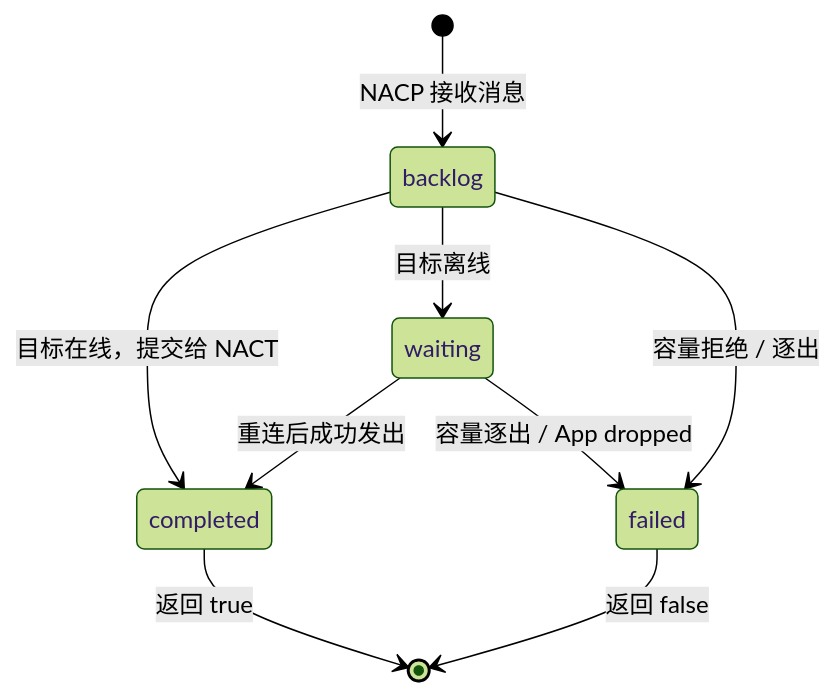
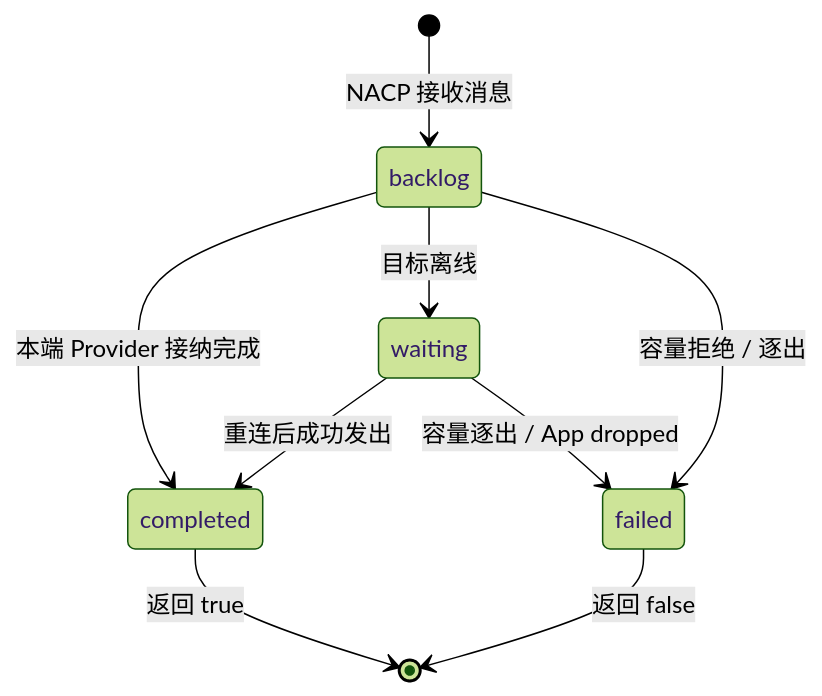
Before and after one commit to ChenYFan/NASDK: the third of 3 diagrams in docs/transport/nacp/lifecycle.md, drawn with Mermaid (forest theme). The commit also changed other lines of this file and 182 other files, not shown here.

````diff
--- a/docs/transport/nacp/lifecycle.md
+++ b/docs/transport/nacp/lifecycle.md
@@ -104,11 +116,11 @@
 ```mermaid
 stateDiagram-v2
     [*] --> backlog: NACP 接收消息
-    backlog --> completed: 目标在线，提交给 NACT
+    backlog --> completed: 本端 Provider 接纳完成
     backlog --> waiting: 目标离线
     waiting --> completed: 重连后成功发出
     backlog --> failed: 容量拒绝 / 逐出
     waiting --> failed: 容量逐出 / App dropped
     completed --> [*]: 返回 true
     failed --> [*]: 返回 false
 ```
````
